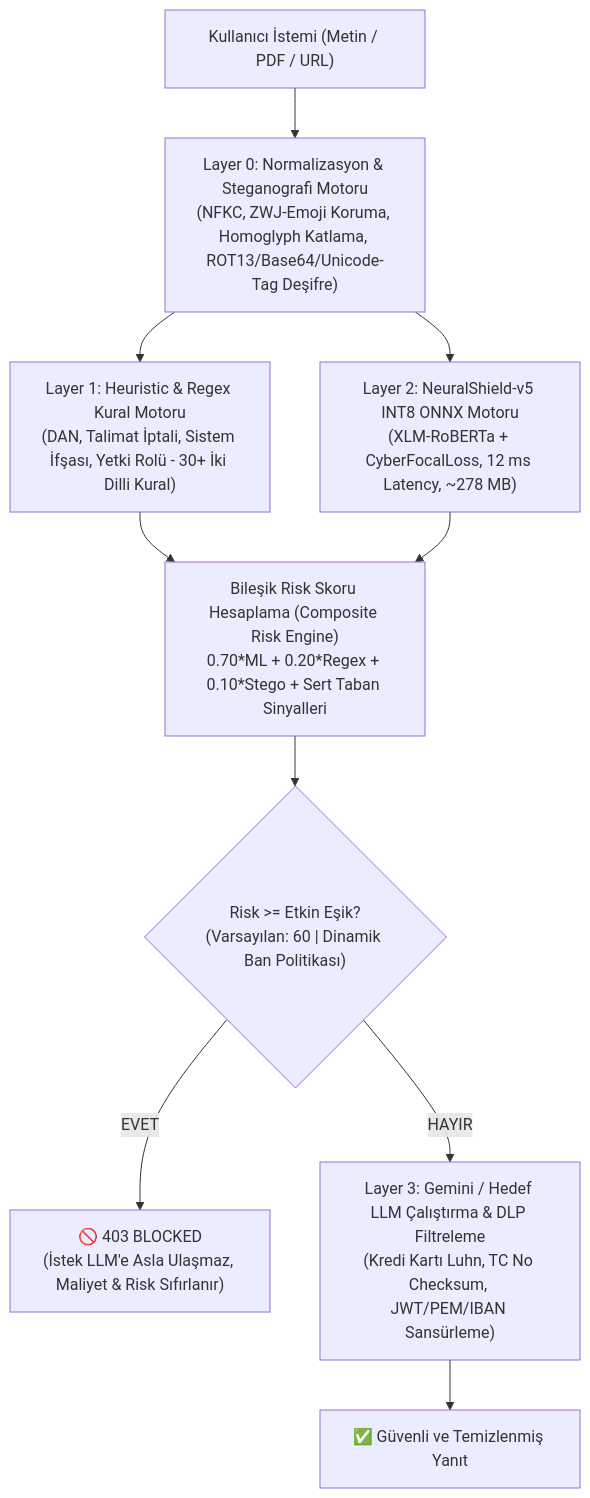
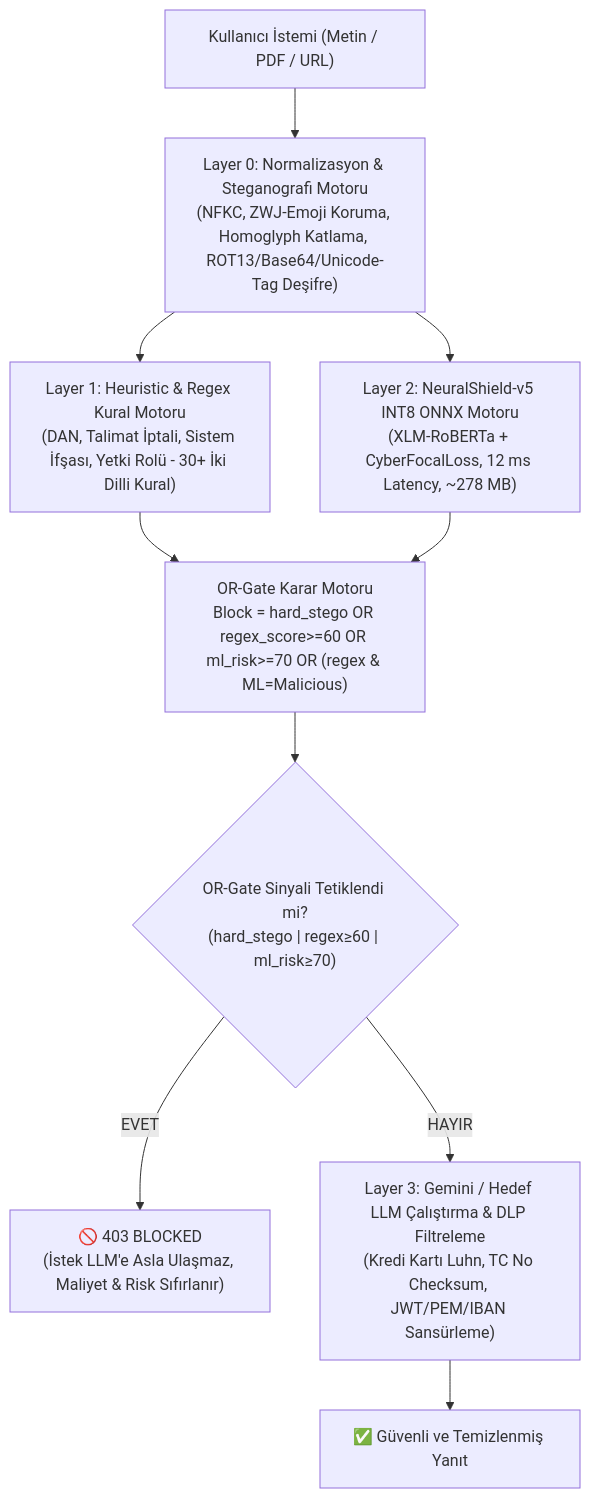
The diagram in docs/MASTER_PROJE_OZETI_VE_YAYIN_YOL_HARITASI.md (Mustafa-Caliskan/ai-soc-agent-lab), drawn with Mermaid before and after one commit. The commit also changed 2 other files, not shown here.

Commit message:
docs: update README and MASTER to OR-Gate and v4 OOD metrics, mark historical review note

````diff
--- a/docs/MASTER_PROJE_OZETI_VE_YAYIN_YOL_HARITASI.md
+++ b/docs/MASTER_PROJE_OZETI_VE_YAYIN_YOL_HARITASI.md
@@ -27,17 +27,17 @@
 ```mermaid
 flowchart TD
     UserPrompt["Kullanıcı İstemi (Metin / PDF / URL)"] --> L0["Layer 0: Normalizasyon & Steganografi Motoru<br/>(NFKC, ZWJ-Emoji Koruma, Homoglyph Katlama, ROT13/Base64/Unicode-Tag Deşifre)"]
     
     L0 --> L1["Layer 1: Heuristic & Regex Kural Motoru<br/>(DAN, Talimat İptali, Sistem İfşası, Yetki Rolü - 30+ İki Dilli Kural)"]
     L0 --> L2["Layer 2: NeuralShield-v5 INT8 ONNX Motoru<br/>(XLM-RoBERTa + CyberFocalLoss, 12 ms Latency, ~278 MB)"]
     
-    L1 --> CompScore["Bileşik Risk Skoru Hesaplama (Composite Risk Engine)<br/>0.70*ML + 0.20*Regex + 0.10*Stego + Sert Taban Sinyalleri"]
+    L1 --> CompScore["OR-Gate Karar Motoru<br/>Block = hard_stego OR regex_score>=60 OR ml_risk>=70 OR (regex & ML=Malicious)"]
     L2 --> CompScore
     
-    CompScore --> Gate{"Risk >= Etkin Eşik?<br/>(Varsayılan: 60 | Dinamik Ban Politikası)"}
+    CompScore --> Gate{"OR-Gate Sinyali Tetiklendi mi?<br/>(hard_stego | regex≥60 | ml_risk≥70)"}
     
     Gate -- "EVET" --> Block["🚫 403 BLOCKED<br/>(İstek LLM'e Asla Ulaşmaz, Maliyet & Risk Sıfırlanır)"]
     Gate -- "HAYIR" --> L3["Layer 3: Gemini / Hedef LLM Çalıştırma & DLP Filtreleme<br/>(Kredi Kartı Luhn, TC No Checksum, JWT/PEM/IBAN Sansürleme)"]
     
     L3 --> SafeResponse["✅ Güvenli ve Temizlenmiş Yanıt"]
 ```
````
